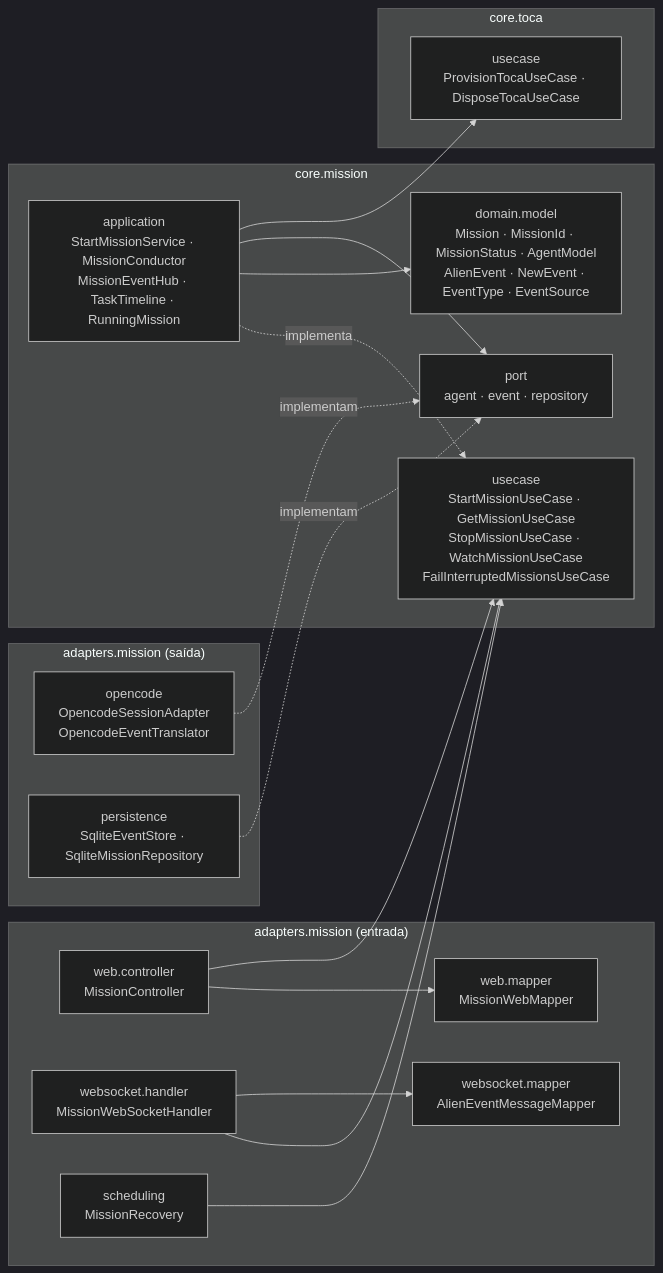
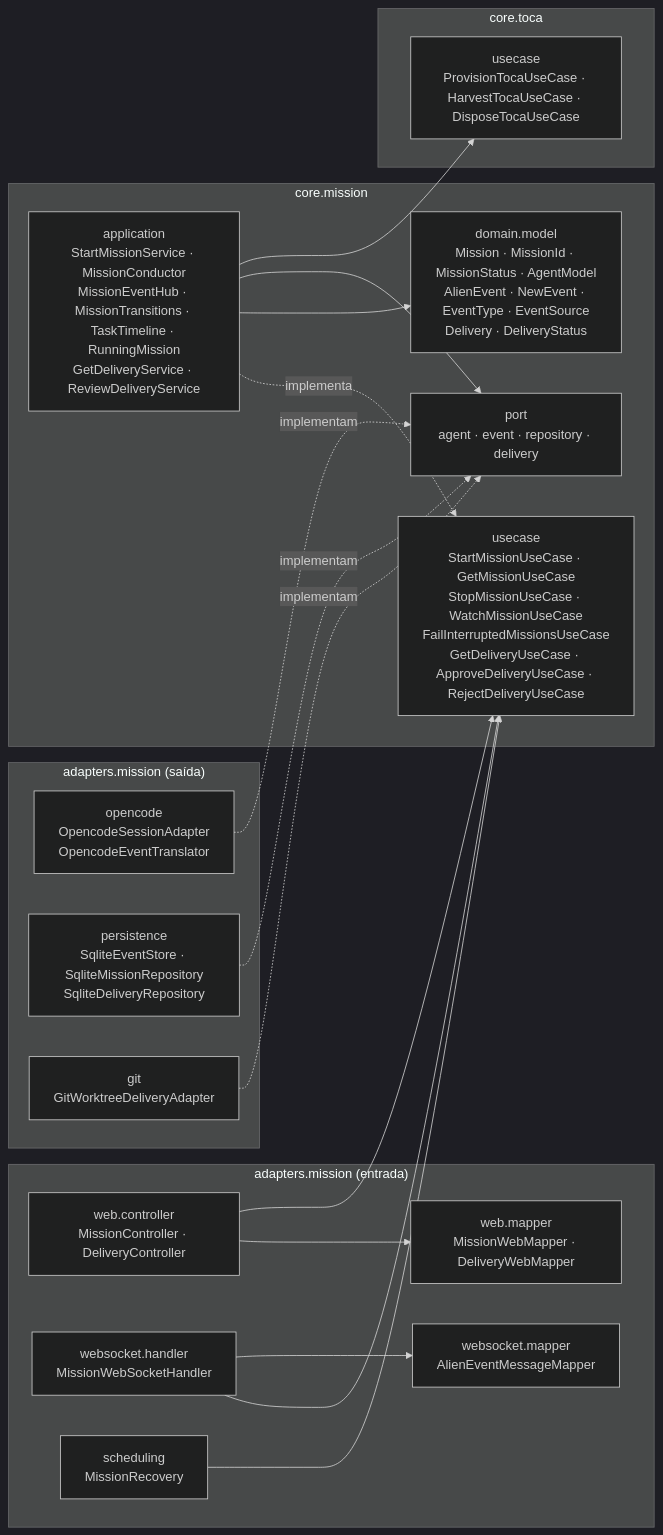
Before and after one commit to CaioMC/alien-code: diagram 14 of 22 in docs/sequencias.md, drawn with Mermaid (dark theme). The commit also changed other lines of this file and 1 other file, not shown here.

First line of the commit message:
docs: diagramas e README da entrega do M2

````diff
--- a/docs/sequencias.md
+++ b/docs/sequencias.md
@@ -524,33 +530,34 @@
 ```mermaid
 flowchart LR
     subgraph IN["adapters.mission (entrada)"]
-        C["web.controller<br/>MissionController"]
-        M["web.mapper<br/>MissionWebMapper"]
+        C["web.controller<br/>MissionController · DeliveryController"]
+        M["web.mapper<br/>MissionWebMapper · DeliveryWebMapper"]
         W["websocket.handler<br/>MissionWebSocketHandler"]
         WM["websocket.mapper<br/>AlienEventMessageMapper"]
         R["scheduling<br/>MissionRecovery"]
     end
 
     subgraph CORE["core.mission"]
-        UC["usecase<br/>StartMissionUseCase · GetMissionUseCase<br/>StopMissionUseCase · WatchMissionUseCase<br/>FailInterruptedMissionsUseCase"]
-        APP["application<br/>StartMissionService · MissionConductor<br/>MissionEventHub · TaskTimeline · RunningMission"]
-        DOM["domain.model<br/>Mission · MissionId · MissionStatus · AgentModel<br/>AlienEvent · NewEvent · EventType · EventSource"]
-        PORT["port<br/>agent · event · repository"]
+        UC["usecase<br/>StartMissionUseCase · GetMissionUseCase<br/>StopMissionUseCase · WatchMissionUseCase<br/>FailInterruptedMissionsUseCase<br/>GetDeliveryUseCase · ApproveDeliveryUseCase · RejectDeliveryUseCase"]
+        APP["application<br/>StartMissionService · MissionConductor<br/>MissionEventHub · MissionTransitions · TaskTimeline · RunningMission<br/>GetDeliveryService · ReviewDeliveryService"]
+        DOM["domain.model<br/>Mission · MissionId · MissionStatus · AgentModel<br/>AlienEvent · NewEvent · EventType · EventSource<br/>Delivery · DeliveryStatus"]
+        PORT["port<br/>agent · event · repository · delivery"]
     end
 
     subgraph TOCA["core.toca"]
-        TUC["usecase<br/>ProvisionTocaUseCase · DisposeTocaUseCase"]
+        TUC["usecase<br/>ProvisionTocaUseCase · HarvestTocaUseCase · DisposeTocaUseCase"]
     end
 
     subgraph OUT["adapters.mission (saída)"]
         O["opencode<br/>OpencodeSessionAdapter<br/>OpencodeEventTranslator"]
-        P["persistence<br/>SqliteEventStore · SqliteMissionRepository"]
+        P["persistence<br/>SqliteEventStore · SqliteMissionRepository<br/>SqliteDeliveryRepository"]
+        G["git<br/>GitWorktreeDeliveryAdapter"]
     end
 
     C --> M
     C & W & R --> UC
     W --> WM
     APP -. implementa .-> UC
     APP --> DOM & PORT & TUC
-    O & P -. implementam .-> PORT
+    O & P & G -. implementam .-> PORT
 ```
````
